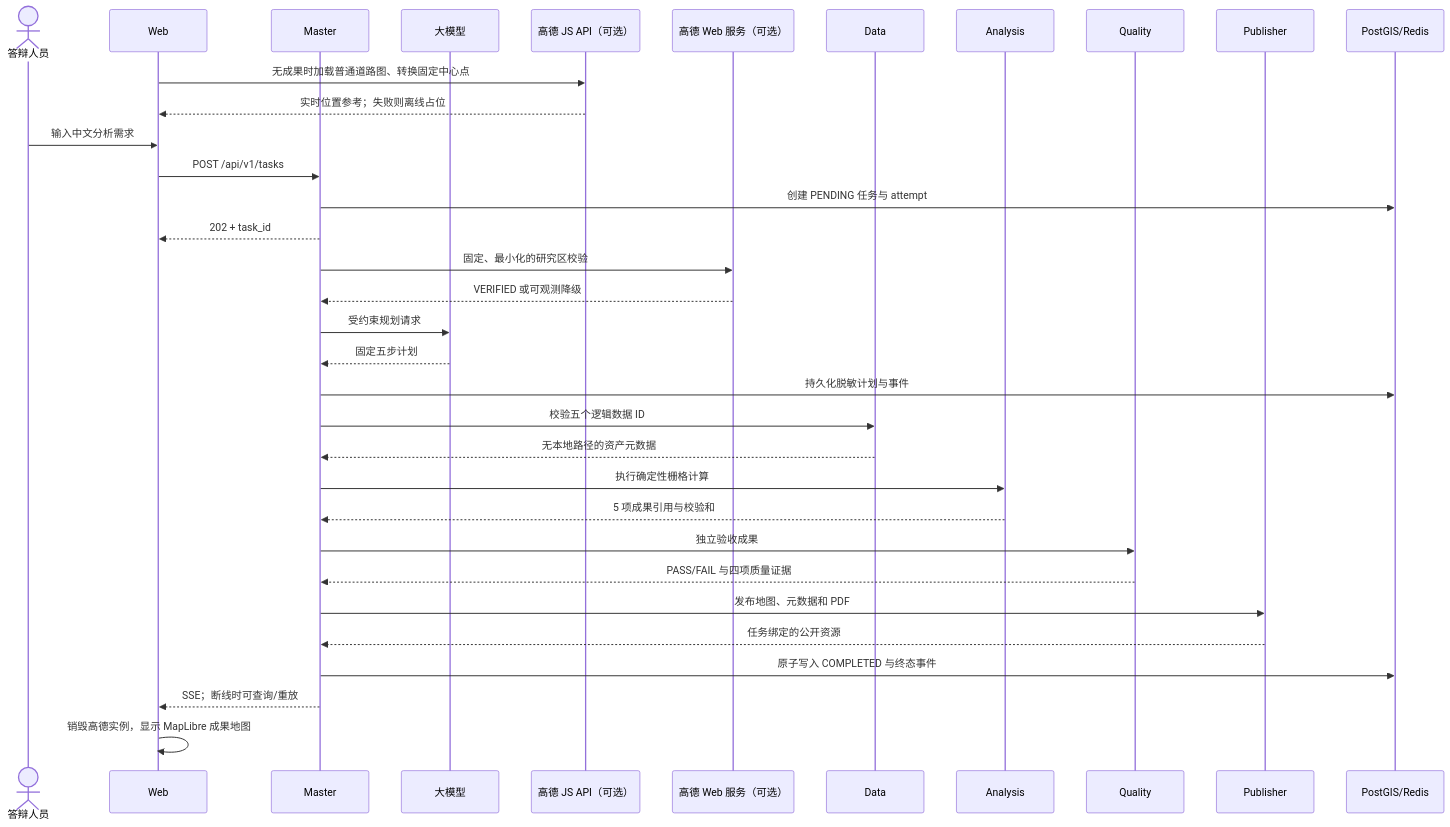
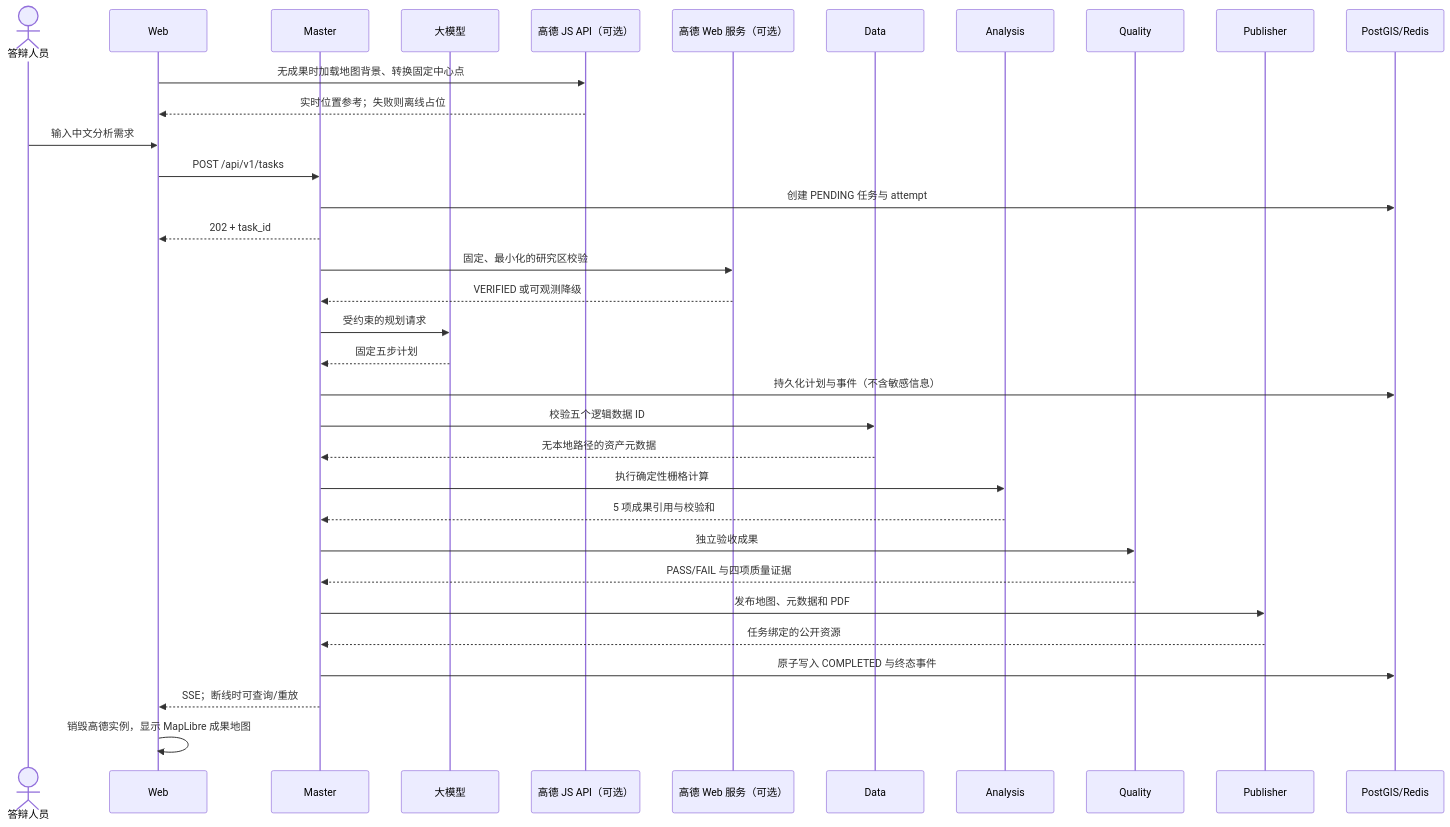
The diagram in docs/architecture.md (FoxSeventeen/hennongxi-multi-agent-gis), drawn with Mermaid before and after one commit. The commit also changed other lines of this file and 3 other files, not shown here.

````diff
--- a/docs/architecture.md
+++ b/docs/architecture.md
@@ -41,37 +42,37 @@
 ```mermaid
 sequenceDiagram
     actor User as 答辩人员
     participant Web
     participant Master
     participant LLM as 大模型
     participant AMapJS as 高德 JS API（可选）
     participant AMapWeb as 高德 Web 服务（可选）
     participant Data
     participant Analysis
     participant Quality
     participant Publisher
     participant DB as PostGIS/Redis
 
-    Web->>AMapJS: 无成果时加载普通道路图、转换固定中心点
+    Web->>AMapJS: 无成果时加载地图背景、转换固定中心点
     AMapJS-->>Web: 实时位置参考；失败则离线占位
     User->>Web: 输入中文分析需求
     Web->>Master: POST /api/v1/tasks
     Master->>DB: 创建 PENDING 任务与 attempt
     Master-->>Web: 202 + task_id
     Master->>AMapWeb: 固定、最小化的研究区校验
     AMapWeb-->>Master: VERIFIED 或可观测降级
-    Master->>LLM: 受约束规划请求
+    Master->>LLM: 受约束的规划请求
     LLM-->>Master: 固定五步计划
-    Master->>DB: 持久化脱敏计划与事件
+    Master->>DB: 持久化计划与事件（不含敏感信息）
     Master->>Data: 校验五个逻辑数据 ID
     Data-->>Master: 无本地路径的资产元数据
     Master->>Analysis: 执行确定性栅格计算
     Analysis-->>Master: 5 项成果引用与校验和
     Master->>Quality: 独立验收成果
     Quality-->>Master: PASS/FAIL 与四项质量证据
     Master->>Publisher: 发布地图、元数据和 PDF
     Publisher-->>Master: 任务绑定的公开资源
     Master->>DB: 原子写入 COMPLETED 与终态事件
     Master-->>Web: SSE；断线时可查询/重放
     Web->>Web: 销毁高德实例，显示 MapLibre 成果地图
 ```
````
